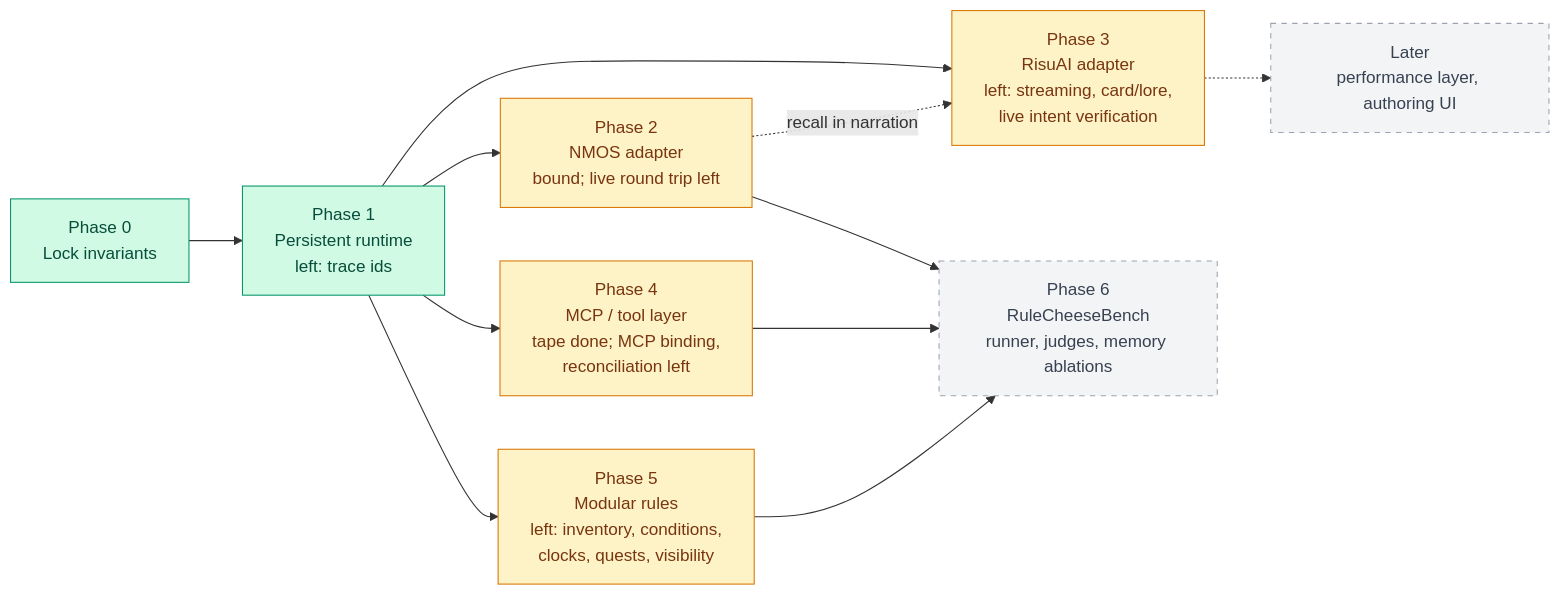
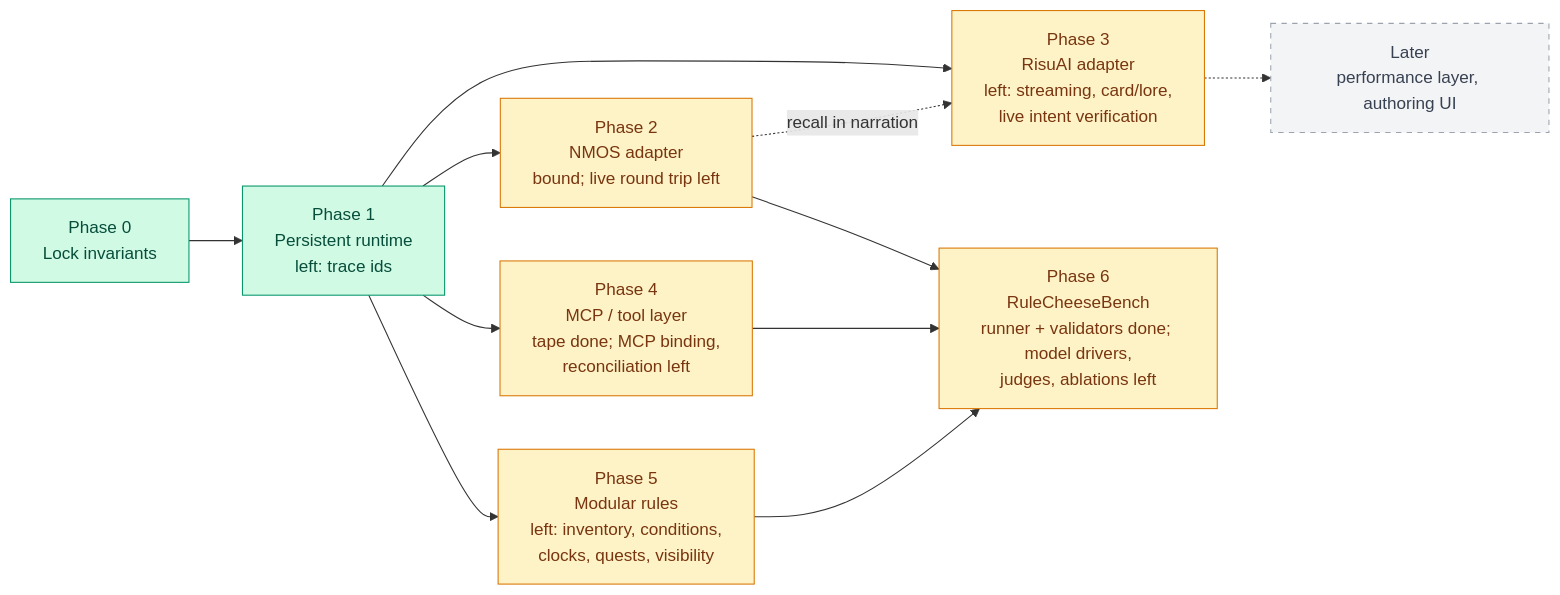
One commit to Sallos725/SAGA changed the second of 2 diagrams in README.md. Above: the diagram before and after it, drawn with Mermaid. The commit also changed other lines of this file and 11 other files, not shown here.

First line of the commit message:
feat: RuleCheeseBench runner on the production runtime

````diff
--- a/README.md
+++ b/README.md
@@ -98,21 +98,21 @@
 ```mermaid
 flowchart LR
     p0["Phase 0<br/>Lock invariants"]:::done
     p1["Phase 1<br/>Persistent runtime<br/>left: trace ids"]:::done
     p2["Phase 2<br/>NMOS adapter<br/>bound; live round trip left"]:::partial
     p3["Phase 3<br/>RisuAI adapter<br/>left: streaming, card/lore,<br/>live intent verification"]:::partial
     p4["Phase 4<br/>MCP / tool layer<br/>tape done; MCP binding,<br/>reconciliation left"]:::partial
     p5["Phase 5<br/>Modular rules<br/>left: inventory, conditions,<br/>clocks, quests, visibility"]:::partial
-    p6["Phase 6<br/>RuleCheeseBench<br/>runner, judges, memory ablations"]:::planned
+    p6["Phase 6<br/>RuleCheeseBench<br/>runner + validators done; model drivers,<br/>judges, ablations left"]:::partial
     later["Later<br/>performance layer, authoring UI"]:::planned
 
     p0 --> p1
     p1 --> p2 & p3 & p4 & p5
     p2 -. "recall in narration" .-> p3
     p2 & p4 & p5 --> p6
     p3 -.-> later
 
     classDef done fill:#d1fae5,stroke:#059669,color:#064e3b
     classDef partial fill:#fef3c7,stroke:#d97706,color:#78350f
     classDef planned fill:#f3f4f6,stroke:#9ca3af,color:#374151,stroke-dasharray: 5 5
 ```
````
